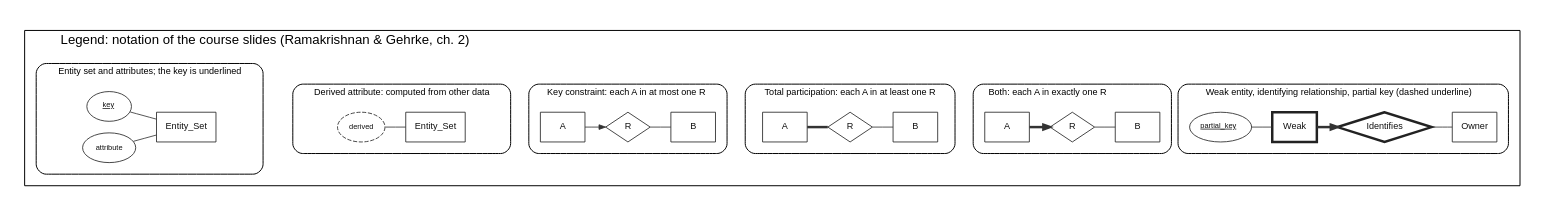
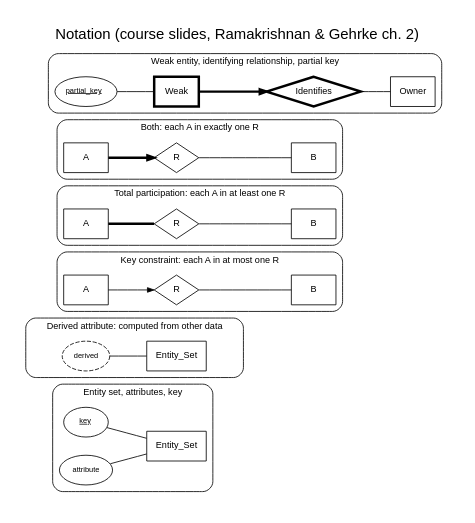
Before and after one commit to Barlassen/CS_202_Project: the diagram in docs/er/legend.dot, drawn with Graphviz. The commit also changed 7 other files, not shown here.

First line of the commit message:
ER diagram: remove the legend from the complete diagram

```diff
--- a/docs/er/legend.dot
+++ b/docs/er/legend.dot
@@ -1,21 +1,18 @@
 digraph Legend {
-graph [rankdir=LR, nodesep=0.2, ranksep=0.35, fontname="Helvetica", pad=0.3];
-node [fontname="Helvetica", fontsize=11, color="#222222", fontcolor="#111111"]; edge [color="#333333", arrowsize=0.8];
-subgraph cluster_legend { label="Legend: notation of the course slides (Ramakrishnan & Gehrke, ch. 2)"; fontsize=16; labeljust=l; margin=14; penwidth=1.2;
-subgraph cluster_1 { label="Entity set and attributes; the key is underlined"; fontsize=11; style=rounded;
+graph [rankdir=LR, nodesep=0.3, ranksep=0.5, fontname="Helvetica", fontsize=18, labelloc=t, label="Notation (course slides, Ramakrishnan & Gehrke ch. 2)", pad=0.3];
+node [fontname="Helvetica", fontsize=11]; edge [arrowsize=0.8];
+subgraph cluster_1 { label="Entity set, attributes, key"; fontsize=11; style=rounded;
   k1 [shape=ellipse, fontsize=9, label=<<U>key</U>>]; a1 [shape=ellipse, fontsize=9, label="attribute"]; e1 [shape=box, label="Entity_Set"];
   k1 -> e1 [dir=none]; a1 -> e1 [dir=none]; }
 subgraph cluster_6 { label="Derived attribute: computed from other data"; fontsize=11; style=rounded;
   d6 [shape=ellipse, fontsize=9, style=dashed, label="derived"]; e6 [shape=box, label="Entity_Set"]; d6 -> e6 [dir=none]; }
 subgraph cluster_2 { label="Key constraint: each A in at most one R"; fontsize=11; style=rounded;
   e2 [shape=box, label="A"]; r2 [shape=diamond, label="R"]; f2 [shape=box, label="B"]; e2 -> r2 [arrowhead=normal]; r2 -> f2 [dir=none]; }
 subgraph cluster_3 { label="Total participation: each A in at least one R"; fontsize=11; style=rounded;
   e3 [shape=box, label="A"]; r3 [shape=diamond, label="R"]; f3 [shape=box, label="B"]; e3 -> r3 [dir=none, penwidth=3]; r3 -> f3 [dir=none]; }
 subgraph cluster_4 { label="Both: each A in exactly one R"; fontsize=11; style=rounded;
   e4 [shape=box, label="A"]; r4 [shape=diamond, label="R"]; f4 [shape=box, label="B"]; e4 -> r4 [arrowhead=normal, penwidth=3]; r4 -> f4 [dir=none]; }
-subgraph cluster_5 { label="Weak entity, identifying relationship, partial key (dashed underline)"; fontsize=11; style=rounded;
+subgraph cluster_5 { label="Weak entity, identifying relationship, partial key"; fontsize=11; style=rounded;
   P__legend__partial [shape=ellipse, fontsize=9, label=<<U>partial_key</U>>]; w5 [shape=box, penwidth=3, label="Weak"]; r5 [shape=diamond, penwidth=3, label="Identifies"]; o5 [shape=box, label="Owner"];
   P__legend__partial -> w5 [dir=none]; w5 -> r5 [arrowhead=normal, penwidth=3]; r5 -> o5 [dir=none]; }
 }
-e1 -> d6 [style=invis]; e6 -> e2 [style=invis]; f2 -> e3 [style=invis]; f3 -> e4 [style=invis]; f4 -> P__legend__partial [style=invis];
-}
```
